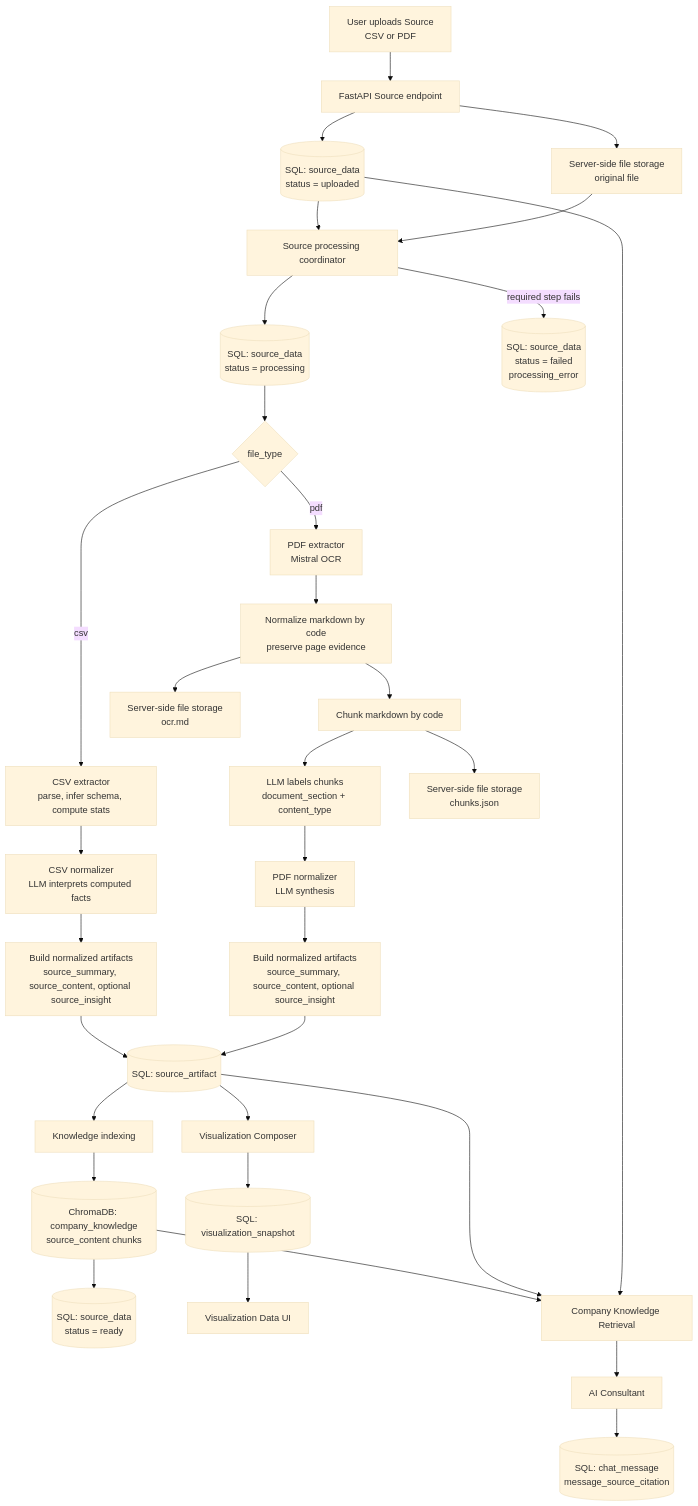
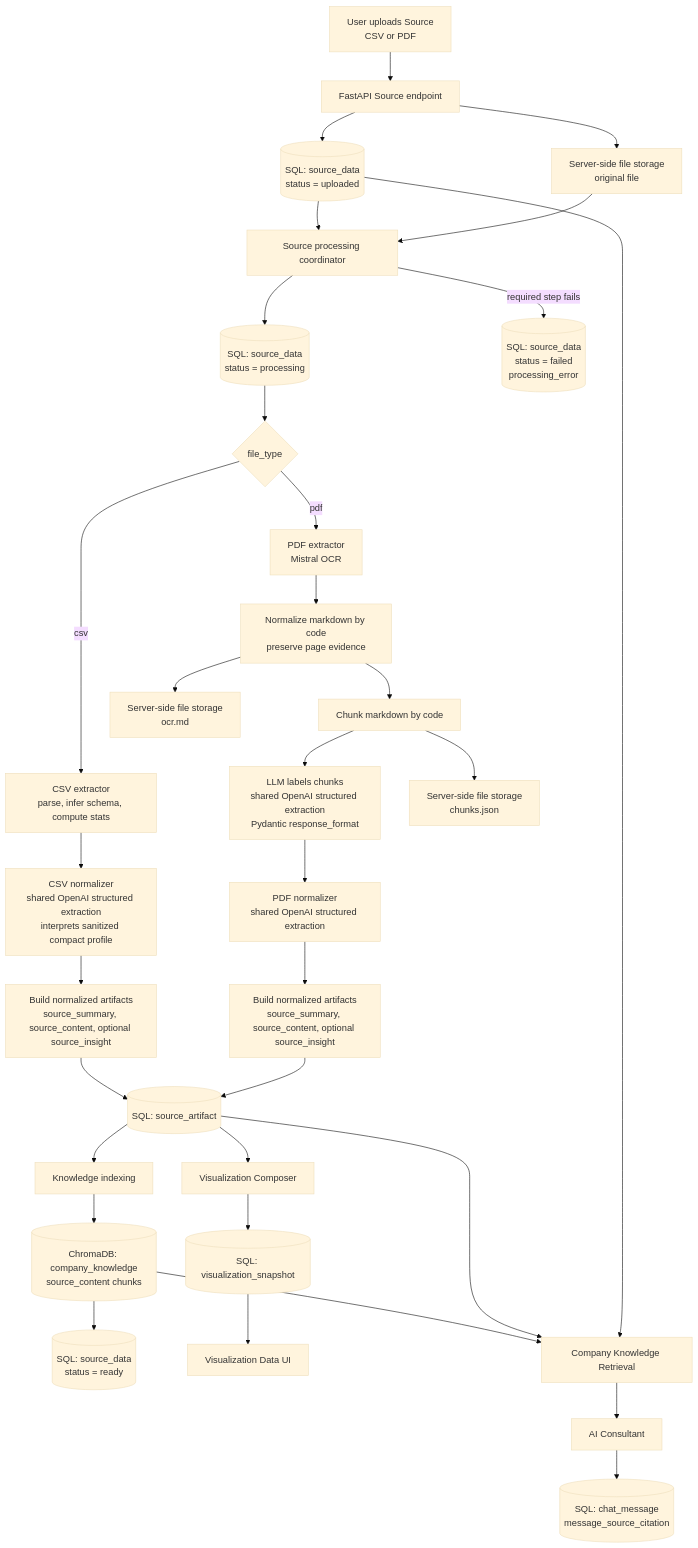
The first of 9 diagrams in docs/architecture.md (kodvel/final-project), drawn with Mermaid (base theme) before and after one commit. The commit also changed other lines of this file and 19 other files, not shown here.

````diff
--- a/docs/architecture.md
+++ b/docs/architecture.md
@@ -37,42 +37,42 @@
 ```mermaid
 flowchart TD
   A[User uploads Source<br/>CSV or PDF] --> B[FastAPI Source endpoint]
   B --> C[(SQL: source_data<br/>status = uploaded)]
   B --> D[Server-side file storage<br/>original file]
   C --> E[Source processing coordinator]
   D --> E
   E --> F[(SQL: source_data<br/>status = processing)]
 
   F --> G{file_type}
 
   G -->|csv| H[CSV extractor<br/>parse, infer schema, compute stats]
-  H --> I[CSV normalizer<br/>LLM interprets computed facts]
+  H --> I[CSV normalizer<br/>shared OpenAI structured extraction<br/>interprets sanitized compact profile]
   I --> J[Build normalized artifacts<br/>source_summary, source_content, optional source_insight]
 
   G -->|pdf| K[PDF extractor<br/>Mistral OCR]
   K --> L[Normalize markdown by code<br/>preserve page evidence]
   L --> M[Chunk markdown by code]
-  M --> N[LLM labels chunks<br/>document_section + content_type]
-  N --> O[PDF normalizer<br/>LLM synthesis]
+  M --> N[LLM labels chunks<br/>shared OpenAI structured extraction<br/>Pydantic response_format]
+  N --> O[PDF normalizer<br/>shared OpenAI structured extraction]
   O --> P[Build normalized artifacts<br/>source_summary, source_content, optional source_insight]
   L --> Q[Server-side file storage<br/>ocr.md]
   M --> R[Server-side file storage<br/>chunks.json]
 
   J --> S[(SQL: source_artifact)]
   P --> S
   S --> T[Knowledge indexing]
   T --> U[(ChromaDB: company_knowledge<br/>source_content chunks)]
   U --> V[(SQL: source_data<br/>status = ready)]
 
   S --> W[Visualization Composer]
   W --> X[(SQL: visualization_snapshot)]
   X --> Y[Visualization Data UI]
 
   U --> Z[Company Knowledge Retrieval]
   S --> Z
   C --> Z
   Z --> AA[AI Consultant]
   AA --> AB[(SQL: chat_message<br/>message_source_citation)]
 
   E -->|required step fails| AC[(SQL: source_data<br/>status = failed<br/>processing_error)]
 ```
````
